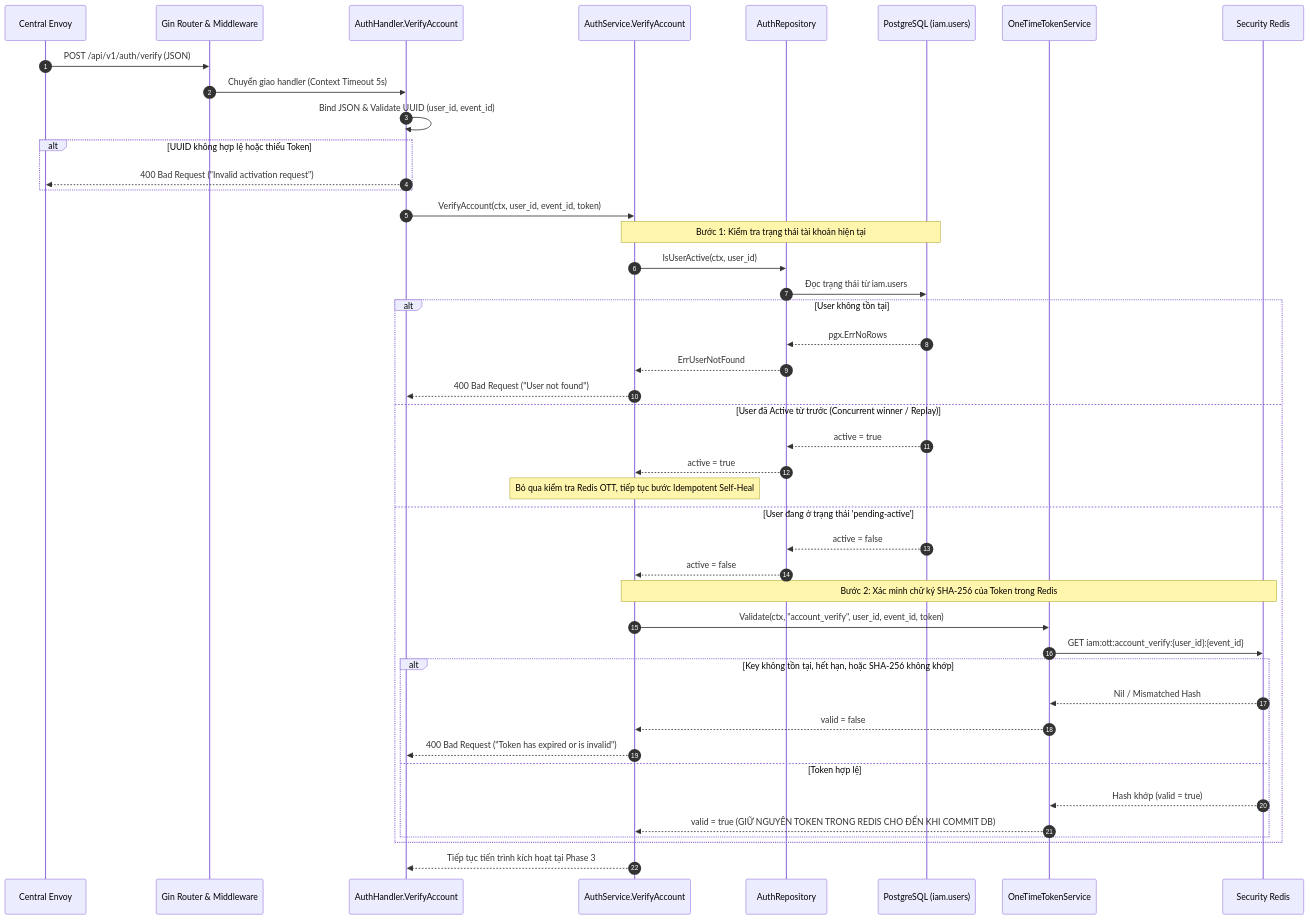
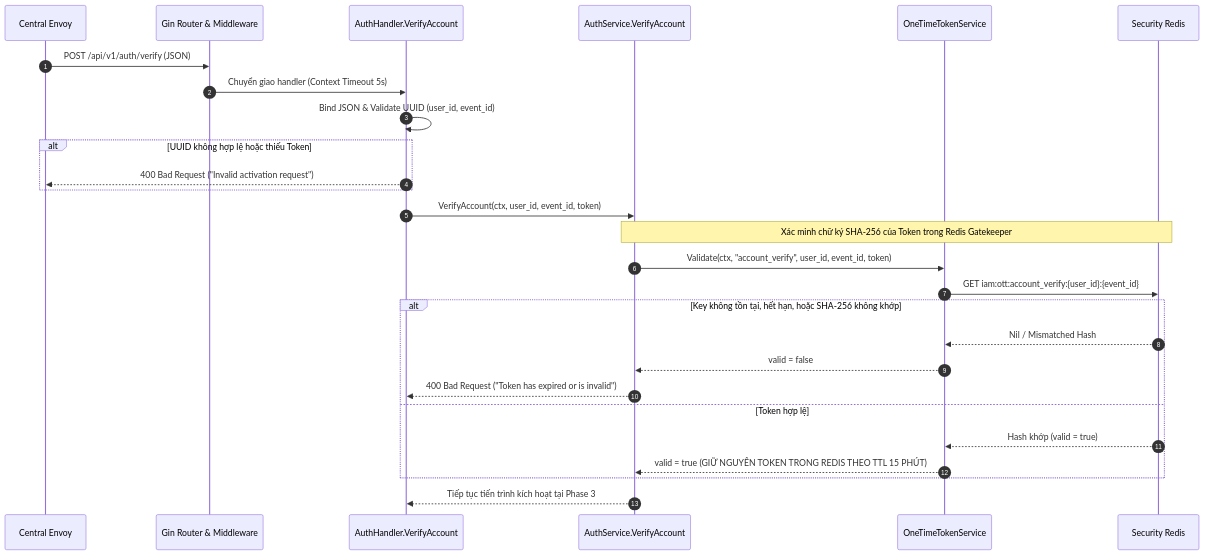
One commit to phucle996/aurora changed the second of 5 diagrams in god_view/iam/account_verification_god_view_workflow.md. Above: the diagram before and after it, drawn with Mermaid. The commit also changed other lines of this file and 132 other files, not shown here.

````diff
--- a/god_view/iam/account_verification_god_view_workflow.md
+++ b/god_view/iam/account_verification_god_view_workflow.md
@@ -128,51 +125,33 @@
 ```mermaid
 sequenceDiagram
     autonumber
     participant Envoy as Central Envoy
     participant Gin as Gin Router & Middleware
     participant H as AuthHandler.VerifyAccount
     participant S as AuthService.VerifyAccount
-    participant Repo as AuthRepository
-    participant DB as PostgreSQL (iam.users)
     participant OTT as OneTimeTokenService
     participant SecRedis as Security Redis
 
     Envoy->>Gin: POST /api/v1/auth/verify (JSON)
     Gin->>H: Chuyển giao handler (Context Timeout 5s)
     H->>H: Bind JSON & Validate UUID (user_id, event_id)
     alt UUID không hợp lệ hoặc thiếu Token
         H-->>Envoy: 400 Bad Request ("Invalid activation request")
     end
 
     H->>S: VerifyAccount(ctx, user_id, event_id, token)
 
-    Note over S,DB: Bước 1: Kiểm tra trạng thái tài khoản hiện tại
-    S->>Repo: IsUserActive(ctx, user_id)
-    Repo->>DB: Đọc trạng thái từ iam.users
-    alt User không tồn tại
-        DB-->>Repo: pgx.ErrNoRows
-        Repo-->>S: ErrUserNotFound
-        S-->>H: 400 Bad Request ("User not found")
-    else User đã Active từ trước (Concurrent winner / Replay)
-        DB-->>Repo: active = true
-        Repo-->>S: active = true
-        Note over S: Bỏ qua kiểm tra Redis OTT, tiếp tục bước Idempotent Self-Heal
-    else User đang ở trạng thái 'pending-active'
-        DB-->>Repo: active = false
-        Repo-->>S: active = false
-
-        Note over S,SecRedis: Bước 2: Xác minh chữ ký SHA-256 của Token trong Redis
-        S->>OTT: Validate(ctx, "account_verify", user_id, event_id, token)
-        OTT->>SecRedis: GET iam:ott:account_verify:{user_id}:{event_id}
-        alt Key không tồn tại, hết hạn, hoặc SHA-256 không khớp
-            SecRedis-->>OTT: Nil / Mismatched Hash
-            OTT-->>S: valid = false
-            S-->>H: 400 Bad Request ("Token has expired or is invalid")
-        else Token hợp lệ
-            SecRedis-->>OTT: Hash khớp (valid = true)
-            OTT-->>S: valid = true (GIỮ NGUYÊN TOKEN TRONG REDIS CHO ĐẾN KHI COMMIT DB)
-        end
+    Note over S,SecRedis: Xác minh chữ ký SHA-256 của Token trong Redis Gatekeeper
+    S->>OTT: Validate(ctx, "account_verify", user_id, event_id, token)
+    OTT->>SecRedis: GET iam:ott:account_verify:{user_id}:{event_id}
+    alt Key không tồn tại, hết hạn, hoặc SHA-256 không khớp
+        SecRedis-->>OTT: Nil / Mismatched Hash
+        OTT-->>S: valid = false
+        S-->>H: 400 Bad Request ("Token has expired or is invalid")
+    else Token hợp lệ
+        SecRedis-->>OTT: Hash khớp (valid = true)
+        OTT-->>S: valid = true (GIỮ NGUYÊN TOKEN TRONG REDIS THEO TTL 15 PHÚT)
     end
 
     S-->>H: Tiếp tục tiến trình kích hoạt tại Phase 3
 ```
````
